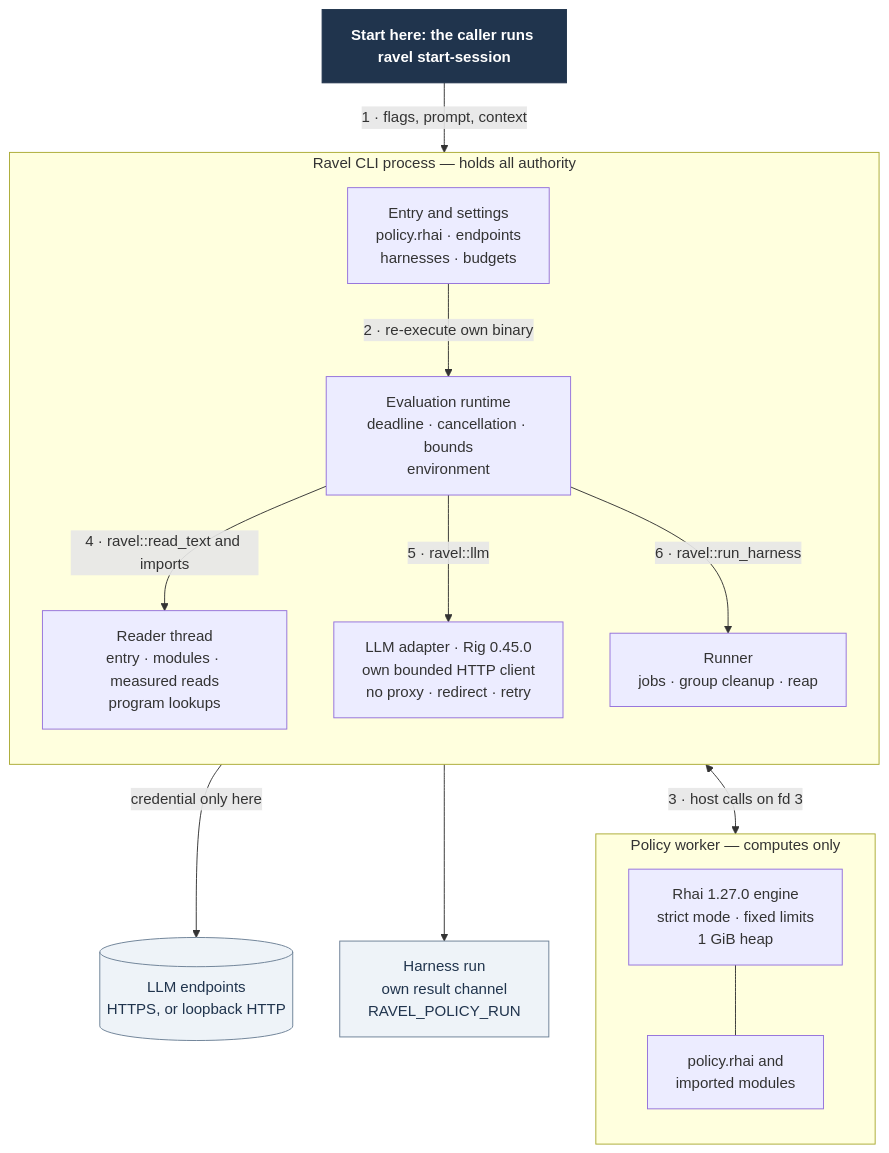
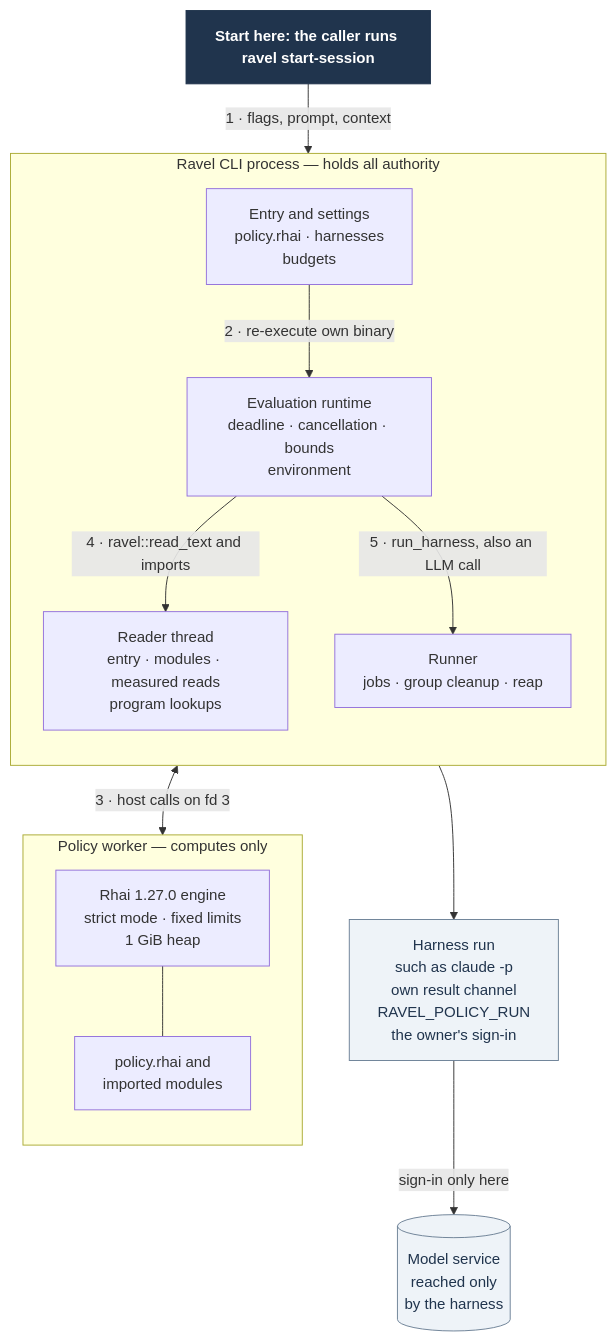
Before and after one commit to Linkuistics/Ravel: the diagram in docs/design/rhai-policy/processes.mmd, drawn with Mermaid. The commit also changed 18 other files, not shown here.

First line of the commit message:
llm-calls-through-harnesses-k58: an LLM call is a harness run of Claude Code or Codex with the owner's sign-in, and ravel::llm and Rig leave the spec

```diff
--- a/docs/design/rhai-policy/processes.mmd
+++ b/docs/design/rhai-policy/processes.mmd
@@ -1,30 +1,28 @@
 flowchart TB
   start["Start here: the caller runs ravel start-session"]
   subgraph cli["Ravel CLI process — holds all authority"]
     direction TB
-    auth["Entry and settings<br/>policy.rhai · endpoints<br/>harnesses · budgets"]
+    auth["Entry and settings<br/>policy.rhai · harnesses<br/>budgets"]
     eval["Evaluation runtime<br/>deadline · cancellation · bounds<br/>environment"]
     reader["Reader thread<br/>entry · modules · measured reads<br/>program lookups"]
-    llm["LLM adapter · Rig 0.45.0<br/>own bounded HTTP client<br/>no proxy · redirect · retry"]
     runner["Runner<br/>jobs · group cleanup · reap"]
   end
   subgraph worker["Policy worker — computes only"]
     direction TB
     rhai["Rhai 1.27.0 engine<br/>strict mode · fixed limits<br/>1 GiB heap"]
     mods["policy.rhai and<br/>imported modules"]
   end
-  endpoints[("LLM endpoints<br/>HTTPS, or loopback HTTP")]
-  hrun["Harness run<br/>own result channel<br/>RAVEL_POLICY_RUN"]
+  hrun["Harness run<br/>such as claude -p<br/>own result channel<br/>RAVEL_POLICY_RUN<br/>the owner's sign-in"]
+  model[("Model service<br/>reached only<br/>by the harness")]
   start -->|"1 · flags, prompt, context"| auth
   auth -->|"2 · re-execute own binary"| eval
   eval <-->|"3 · host calls on fd 3"| rhai
   rhai --- mods
   eval -->|"4 · ravel::read_text and imports"| reader
-  eval -->|"5 · ravel::llm"| llm
-  llm -->|"credential only here"| endpoints
-  eval -->|"6 · ravel::run_harness"| runner
+  eval -->|"5 · run_harness, also an LLM call"| runner
   runner --> hrun
+  hrun -->|"sign-in only here"| model
   classDef start fill:#20344d,color:#fff,stroke:#20344d,font-weight:bold
   classDef external fill:#eef3f8,color:#20344d,stroke:#6b7f95
   class start start
-  class endpoints,hrun external
+  class hrun,model external
```
